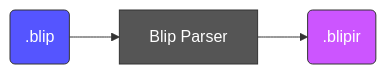
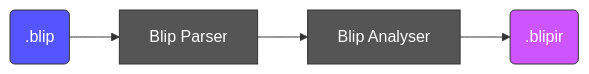
One commit to psysrc/blip changed the first of 3 diagrams in docs/design_ecosystem.md. Above: the diagram before and after it, drawn with Mermaid. The commit also changed other lines of this file and 24 other files, not shown here.

````diff
--- a/docs/design_ecosystem.md
+++ b/docs/design_ecosystem.md
@@ -17,13 +17,14 @@
 ```mermaid
 flowchart LR
     blip(.blip)
     blipir(.blipir)
     parser[Blip Parser]
+    analyser[Blip Analyser]
 
-    blip --> parser
-    parser --> blipir
+    blip --> parser --> analyser --> blipir
 
     style blip fill:#55f,color:#fff,stroke:#333
     style blipir fill:#c5f,color:#fff,stroke:#333
     style parser fill:#555,color:#fff,stroke:#333
+    style analyser fill:#555,color:#fff,stroke:#333
 ```
````
